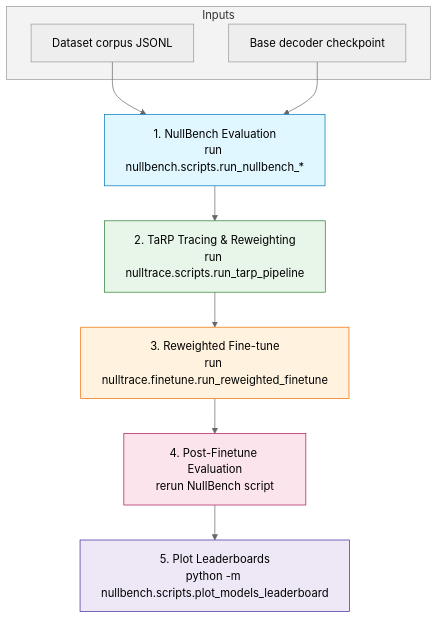
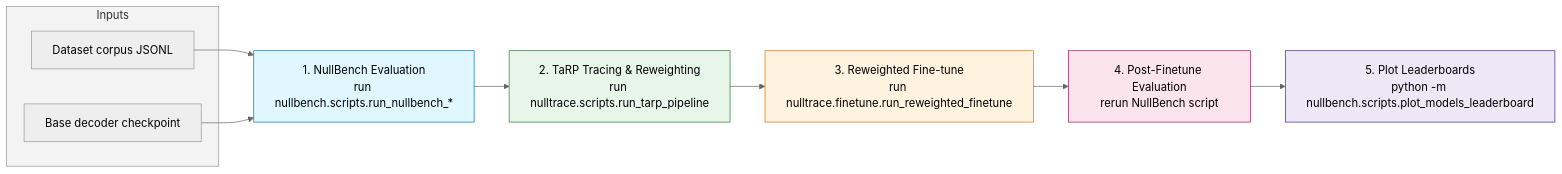
Before and after one commit to huysuy05/NP-TaR: the diagram in docs/tarp_workflow.md, drawn with Mermaid (neutral theme). The commit also changed other lines of this file and 2 other files, not shown here.

````diff
--- a/docs/tarp_workflow.md
+++ b/docs/tarp_workflow.md
@@ -5,22 +5,22 @@
 ```mermaid
-flowchart TD
+flowchart LR
     subgraph Inputs
         A[Dataset corpus JSONL]
         B[Base decoder checkpoint]
     end
 
     A --> C[1. NullBench Evaluation<br/>run nullbench.scripts.run_nullbench_*]
     B --> C
 
     C --> D[2. TaRP Tracing & Reweighting<br/>run nulltrace.scripts.run_tarp_pipeline]
     D --> E[3. Reweighted Fine-tune<br/>run nulltrace.finetune.run_reweighted_finetune]
     E --> F[4. Post-Finetune Evaluation<br/>rerun NullBench script]
     F --> G[5. Plot Leaderboards<br/>python -m nullbench.scripts.plot_models_leaderboard]
 
     style Inputs fill:#f3f3f3,stroke:#999
     style C fill:#e0f7ff,stroke:#0277bd
     style D fill:#e8f5e9,stroke:#2e7d32
     style E fill:#fff3e0,stroke:#ef6c00
     style F fill:#fce4ec,stroke:#ad1457
     style G fill:#ede7f6,stroke:#4527a0
 ```
````
